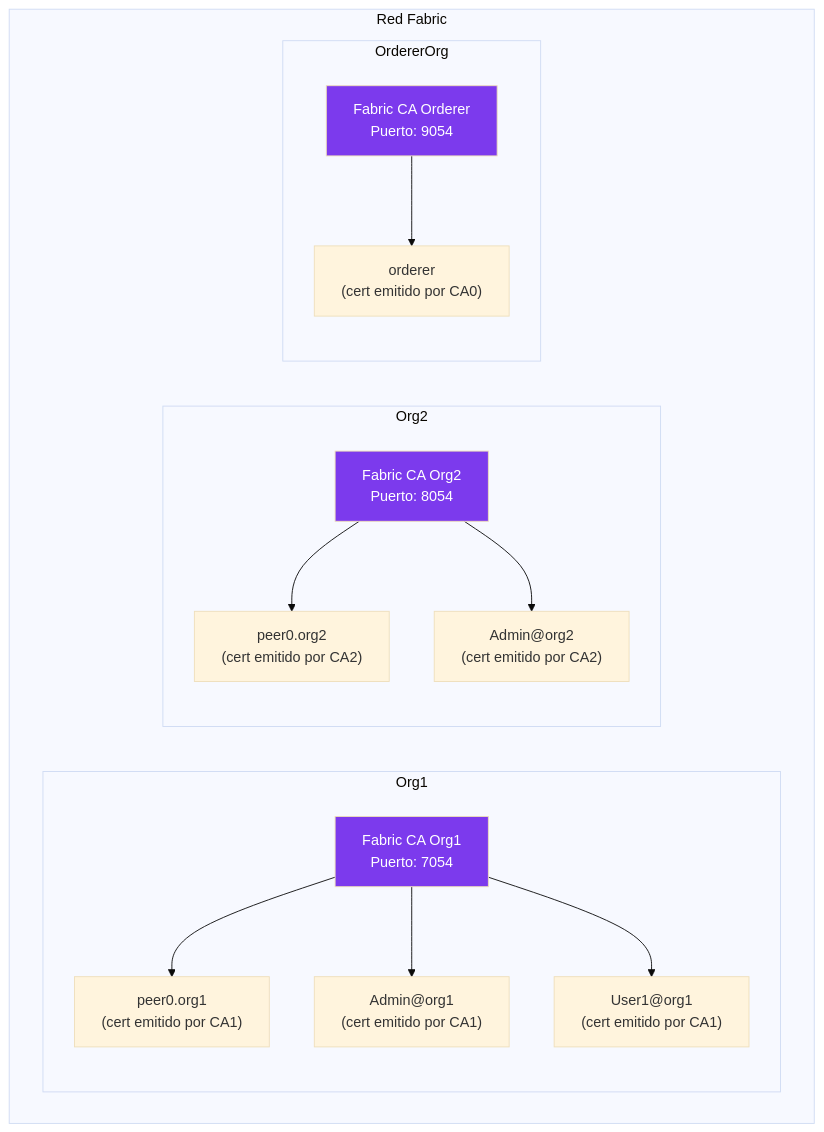
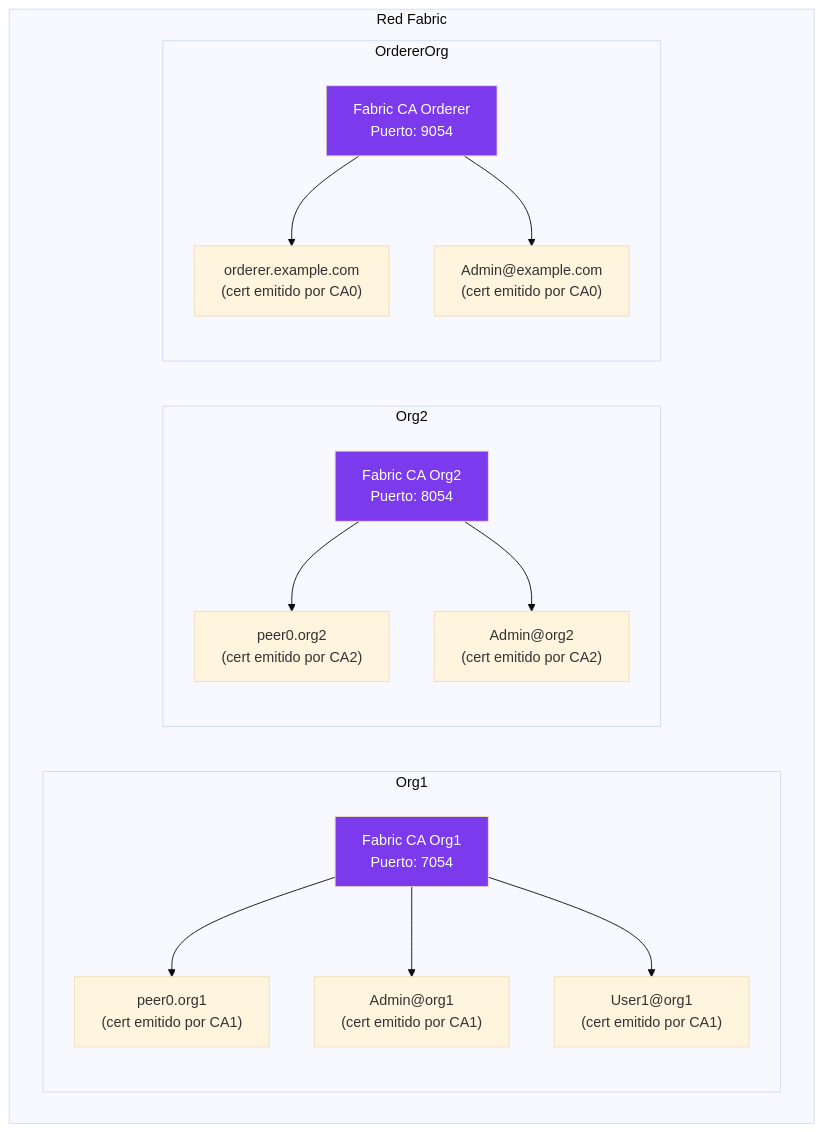
The fourth of 7 diagrams in Modulo-2/05-fabric-ca.md (jjnieto/Curso-HLFabric), drawn with Mermaid (base theme) before and after one commit. The commit also changed other lines of this file, not shown here.

````diff
--- a/Modulo-2/05-fabric-ca.md
+++ b/Modulo-2/05-fabric-ca.md
@@ -102,26 +146,27 @@
 ```mermaid
 graph TB
     subgraph "Red Fabric"
         subgraph Org1["Org1"]
             CA1["Fabric CA Org1<br/>Puerto: 7054"]
             CA1 --> P1["peer0.org1<br/>(cert emitido por CA1)"]
             CA1 --> A1["Admin@org1<br/>(cert emitido por CA1)"]
             CA1 --> U1["User1@org1<br/>(cert emitido por CA1)"]
         end
 
         subgraph Org2["Org2"]
             CA2["Fabric CA Org2<br/>Puerto: 8054"]
             CA2 --> P2["peer0.org2<br/>(cert emitido por CA2)"]
             CA2 --> A2["Admin@org2<br/>(cert emitido por CA2)"]
         end
 
         subgraph OrdererOrg["OrdererOrg"]
             CA0["Fabric CA Orderer<br/>Puerto: 9054"]
-            CA0 --> ORD["orderer<br/>(cert emitido por CA0)"]
+            CA0 --> ORD["orderer.example.com<br/>(cert emitido por CA0)"]
+            CA0 --> AO["Admin@example.com<br/>(cert emitido por CA0)"]
         end
     end
 
     style CA1 fill:#7C3AED,color:#fff
     style CA2 fill:#7C3AED,color:#fff
     style CA0 fill:#7C3AED,color:#fff
 ```
````
